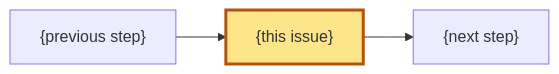
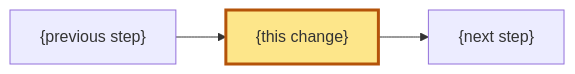
Before and after one commit to junrillg/grasp: the diagram in skills/grasp/templates/issue-page.md, drawn with Mermaid. The commit also changed other lines of this file and 14 other files, not shown here.

````diff
--- a/skills/grasp/templates/issue-page.md
+++ b/skills/grasp/templates/issue-page.md
@@ -39,5 +70,5 @@
 ```mermaid
 flowchart LR
-  A["{previous step}"] --> B["{this issue}"] --> C["{next step}"]
+  A["{previous step}"] --> B["{this change}"] --> C["{next step}"]
   style B fill:#fde68a,stroke:#b45309,stroke-width:3px
 ```
````
